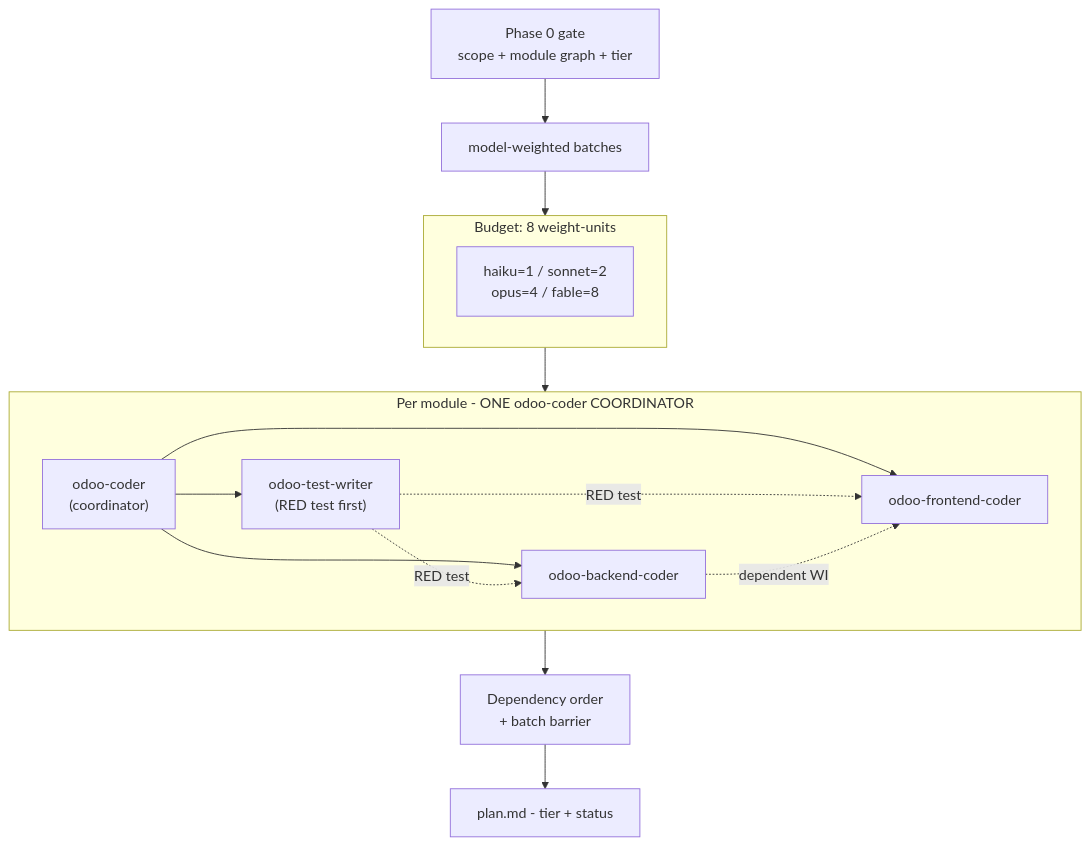
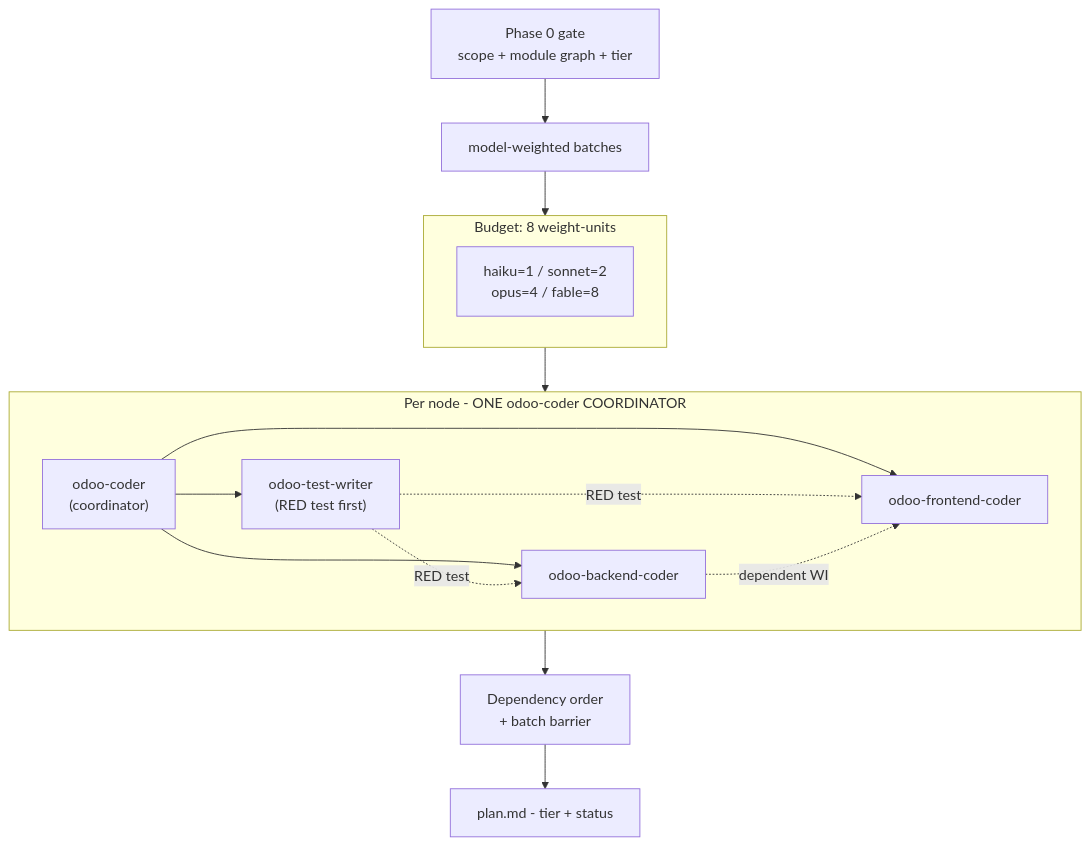
One commit to Viindoo/odoo-mcp-client changed the second of 9 diagrams in plugins/odoo-ai-agents/README.md. Above: the diagram before and after it, drawn with Mermaid. The commit also changed other lines of this file and 125 other files, not shown here.

````diff
--- a/plugins/odoo-ai-agents/README.md
+++ b/plugins/odoo-ai-agents/README.md
@@ -261,24 +263,24 @@
 ```mermaid
 flowchart TD
     GATE["Phase 0 gate<br/>scope + module graph + tier"]
     GATE --> BATCH["model-weighted batches"]
 
     subgraph BUDGET["Budget: 8 weight-units"]
         W["haiku=1 / sonnet=2<br/>opus=4 / fable=8"]
     end
 
     BATCH --> BUDGET
 
-    subgraph PERMOD["Per module - ONE odoo-coder COORDINATOR"]
+    subgraph PERMOD["Per node - ONE odoo-coder COORDINATOR"]
         COORD["odoo-coder<br/>(coordinator)"] --> TW["odoo-test-writer<br/>(RED test first)"]
         COORD --> BE["odoo-backend-coder"]
         COORD --> FE["odoo-frontend-coder"]
         TW -.->|"RED test"| BE
         TW -.->|"RED test"| FE
         BE -.->|"dependent WI"| FE
     end
 
     BUDGET --> PERMOD
     PERMOD --> DEP["Dependency order<br/>+ batch barrier"]
     DEP --> PLAN["plan.md - tier + status"]
 ```
````
